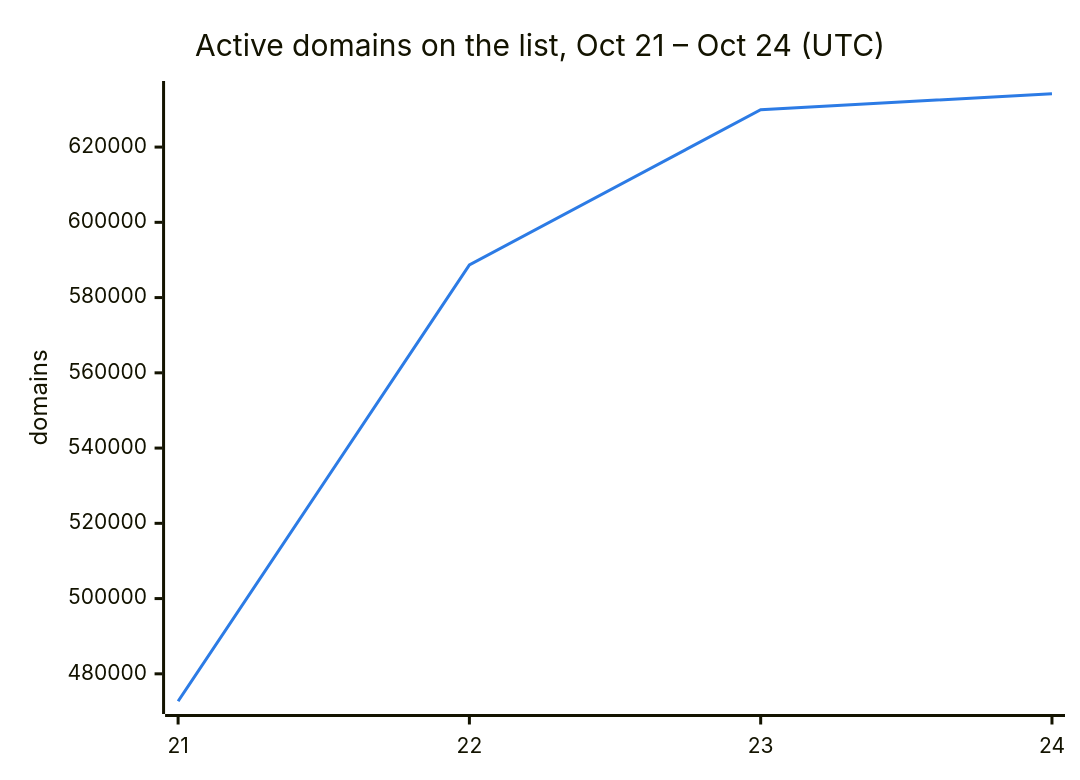
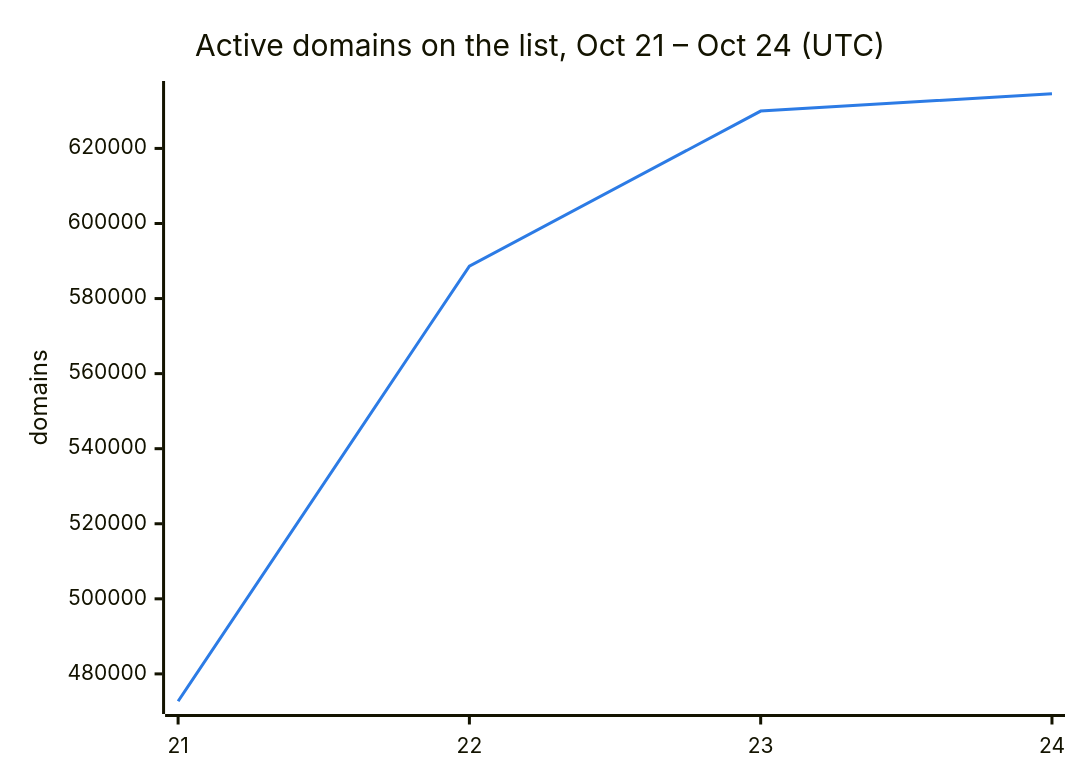
Before and after one commit to DNSBunker/CTI: the second of 3 diagrams in README.md, drawn with Mermaid. The commit also changed other lines of this file and 3 other files, not shown here.

````diff
--- a/README.md
+++ b/README.md
@@ -38,8 +38,8 @@
 ```mermaid
 %%{init: {"themeVariables": {"xyChart": {"plotColorPalette": "#2c7be5"}}}}%%
 xychart-beta
     title "Active domains on the list, Oct 21 – Oct 24 (UTC)"
     x-axis ["21", "22", "23", "24"]
     y-axis "domains"
-    line [472713, 588659, 629951, 634174]
+    line [472713, 588659, 629951, 634566]
 ```
````
